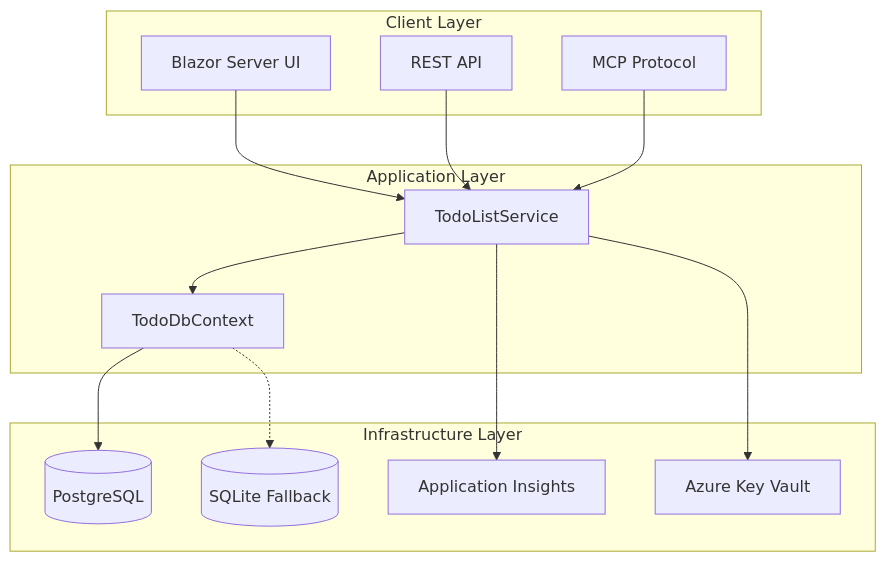
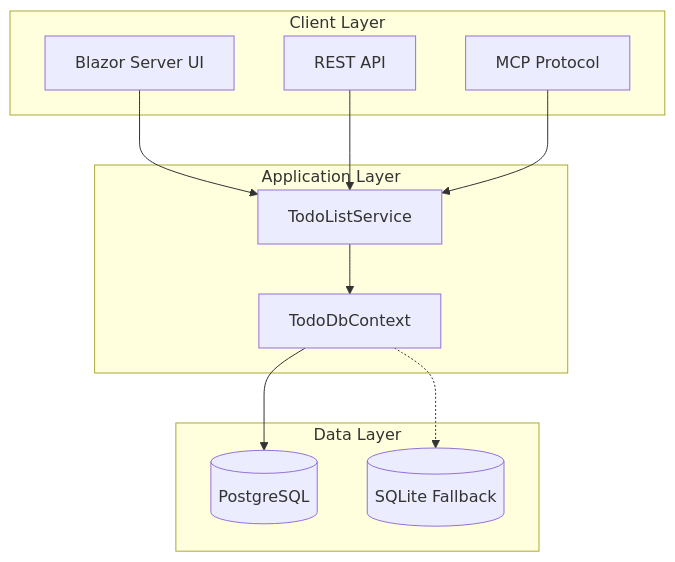
One commit to pakbaz/TodoList changed the diagram in Readme.md. Above: the diagram before and after it, drawn with Mermaid. The commit also changed other lines of this file and 19 other files, not shown here.

````diff
--- a/Readme.md
+++ b/Readme.md
@@ -34,29 +27,25 @@
 ```mermaid
 graph TB
     subgraph "Client Layer"
         UI[Blazor Server UI]
         API[REST API]
         MCP[MCP Protocol]
     end
     
     subgraph "Application Layer"
         SVC[TodoListService]
         CTX[TodoDbContext]
     end
     
-    subgraph "Infrastructure Layer"
+    subgraph "Data Layer"
         PG[(PostgreSQL)]
         LT[(SQLite Fallback)]
-        AI[Application Insights]
-        KV[Azure Key Vault]
     end
     
     UI --> SVC
     API --> SVC
     MCP --> SVC
     SVC --> CTX
     CTX --> PG
     CTX -.-> LT
-    SVC --> AI
-    SVC --> KV
 ```
````
